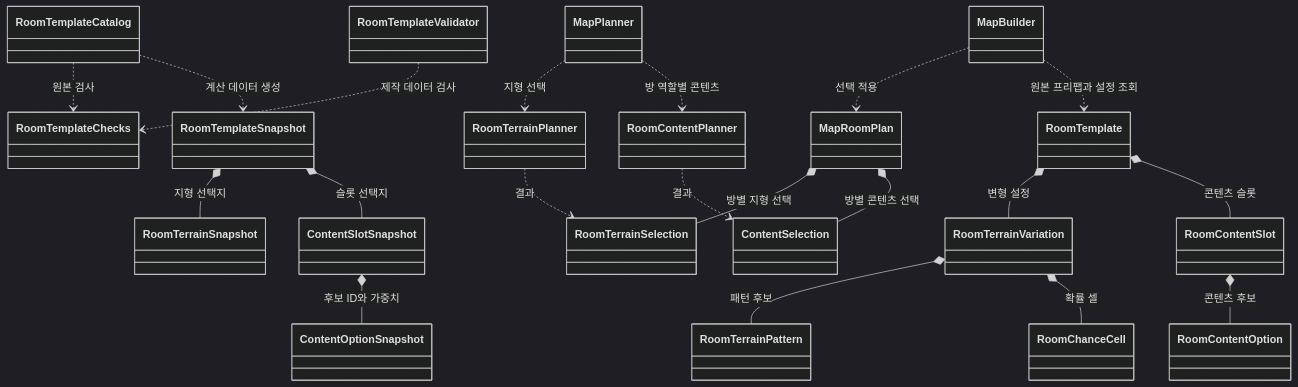
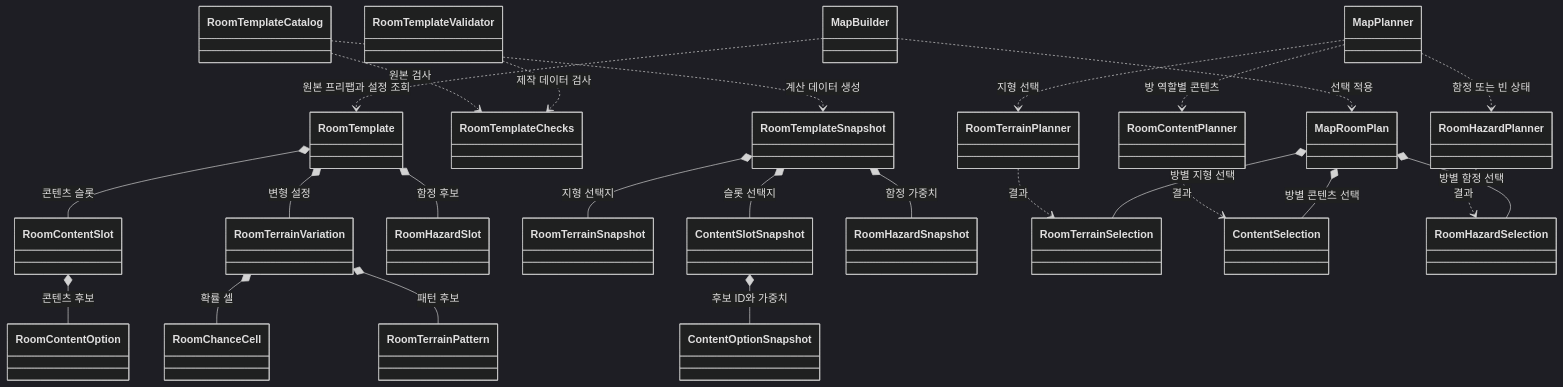
Before and after one commit to kkachi123/ProjectBase: the diagram in Docs/Map/Chunk_Generation/Work/Chunk_Generation_Code_Guide.md, drawn with Mermaid (dark theme). The commit also changed other lines of this file and 22 other files, not shown here.

````diff
--- a/Docs/Map/Chunk_Generation/Work/Chunk_Generation_Code_Guide.md
+++ b/Docs/Map/Chunk_Generation/Work/Chunk_Generation_Code_Guide.md
@@ -15,22 +15,27 @@
 ```mermaid
 classDiagram
     RoomTemplate *-- RoomTerrainVariation : 변형 설정
     RoomTerrainVariation *-- RoomTerrainPattern : 패턴 후보
     RoomTerrainVariation *-- RoomChanceCell : 확률 셀
     RoomTemplate *-- RoomContentSlot : 콘텐츠 슬롯
+    RoomTemplate *-- RoomHazardSlot : 함정 후보
     RoomContentSlot *-- RoomContentOption : 콘텐츠 후보
     RoomTemplateCatalog ..> RoomTemplateChecks : 원본 검사
     RoomTemplateCatalog ..> RoomTemplateSnapshot : 계산 데이터 생성
     RoomTemplateSnapshot *-- RoomTerrainSnapshot : 지형 선택지
     RoomTemplateSnapshot *-- ContentSlotSnapshot : 슬롯 선택지
+    RoomTemplateSnapshot *-- RoomHazardSnapshot : 함정 가중치
     ContentSlotSnapshot *-- ContentOptionSnapshot : 후보 ID와 가중치
     MapPlanner ..> RoomTerrainPlanner : 지형 선택
     MapPlanner ..> RoomContentPlanner : 방 역할별 콘텐츠
+    MapPlanner ..> RoomHazardPlanner : 함정 또는 빈 상태
     RoomTerrainPlanner ..> RoomTerrainSelection : 결과
     RoomContentPlanner ..> ContentSelection : 결과
+    RoomHazardPlanner ..> RoomHazardSelection : 결과
     MapRoomPlan *-- RoomTerrainSelection : 방별 지형 선택
     MapRoomPlan *-- ContentSelection : 방별 콘텐츠 선택
+    MapRoomPlan *-- RoomHazardSelection : 방별 함정 선택
     MapBuilder ..> MapRoomPlan : 선택 적용
     MapBuilder ..> RoomTemplate : 원본 프리팹과 설정 조회
     RoomTemplateValidator ..> RoomTemplateChecks : 제작 데이터 검사
 ```
````
